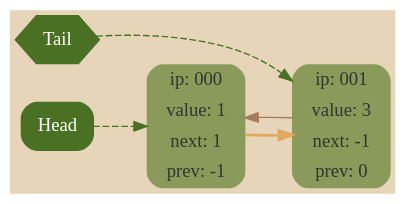
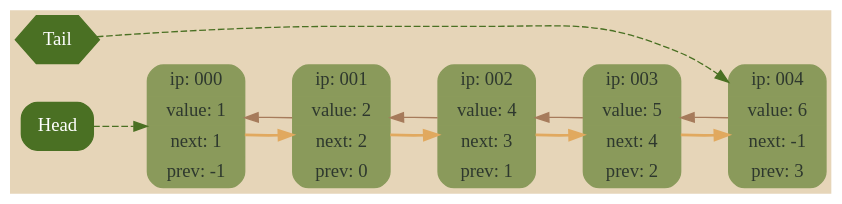
Before and after one commit to F1merhub/List: the diagram in GraphDump/dump.dot, drawn with Graphviz. The commit also changed 10 other files, not shown here.

```diff
--- a/GraphDump/dump.dot
+++ b/GraphDump/dump.dot
@@ -1,14 +1,23 @@
 digraph G {
 	rankdir = LR;
 	bgcolor="#E6D5B8";
 	node000 [shape=Mrecord; style=filled; color="#8A9A5B"; fontcolor="#2E382E"; label=" { ip: 000 } | { value:   1 } | { next:   1 } | { prev:  -1 } "];
-	node001 [shape=Mrecord; style=filled; color="#8A9A5B"; fontcolor="#2E382E"; label=" { ip: 001 } | { value:   3 } | { next:  -1 } | { prev:   0 } "];
+	node001 [shape=Mrecord; style=filled; color="#8A9A5B"; fontcolor="#2E382E"; label=" { ip: 001 } | { value:   2 } | { next:   2 } | { prev:   0 } "];
+	node002 [shape=Mrecord; style=filled; color="#8A9A5B"; fontcolor="#2E382E"; label=" { ip: 002 } | { value:   4 } | { next:   3 } | { prev:   1 } "];
+	node003 [shape=Mrecord; style=filled; color="#8A9A5B"; fontcolor="#2E382E"; label=" { ip: 003 } | { value:   5 } | { next:   4 } | { prev:   2 } "];
+	node004 [shape=Mrecord; style=filled; color="#8A9A5B"; fontcolor="#2E382E"; label=" { ip: 004 } | { value:   6 } | { next:  -1 } | { prev:   3 } "];
 
 	node000 -> node001 [style=bold; weight=1000; color="#E1A95F"];
+	node001 -> node002 [style=bold; weight=1000; color="#E1A95F"];
+	node002 -> node003 [style=bold; weight=1000; color="#E1A95F"];
+	node003 -> node004 [style=bold; weight=1000; color="#E1A95F"];
+	node004 -> node003 [weight=0; color="#A67B5B"; constraint=false];
+	node003 -> node002 [weight=0; color="#A67B5B"; constraint=false];
+	node002 -> node001 [weight=0; color="#A67B5B"; constraint=false];
 	node001 -> node000 [weight=0; color="#A67B5B"; constraint=false];
 
 	head [shape=Mrecord; style=filled; color="#4A7023"; fontcolor="white"; label="Head"];
 	head -> node000 [style=dashed; color="#4A7023"];
 	tail [shape=hexagon; style=filled; color="#4A7023"; fontcolor="white"; label="Tail"];
-	tail -> node001 [style=dashed; color="#4A7023"; constraint=false];
+	tail -> node004 [style=dashed; color="#4A7023"; constraint=false];
 }
```
